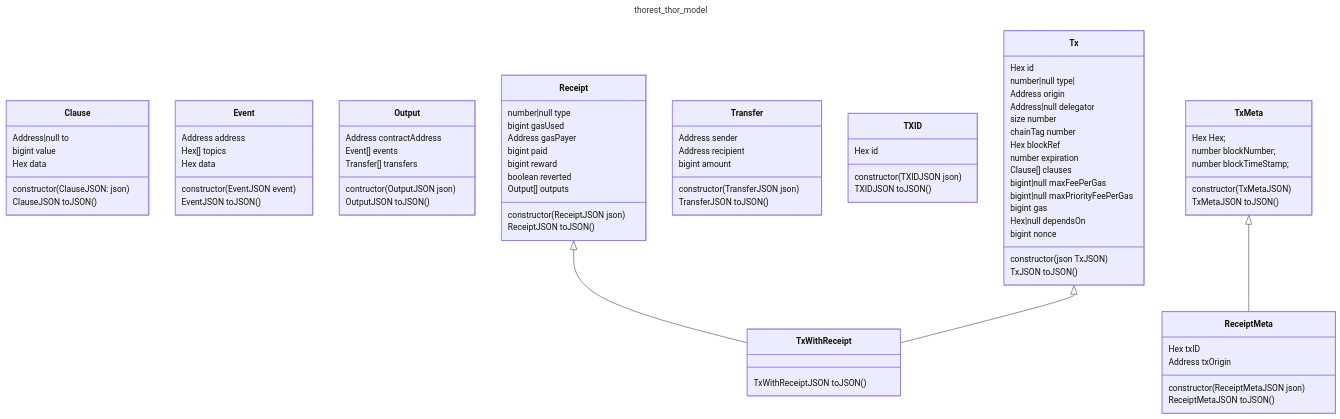
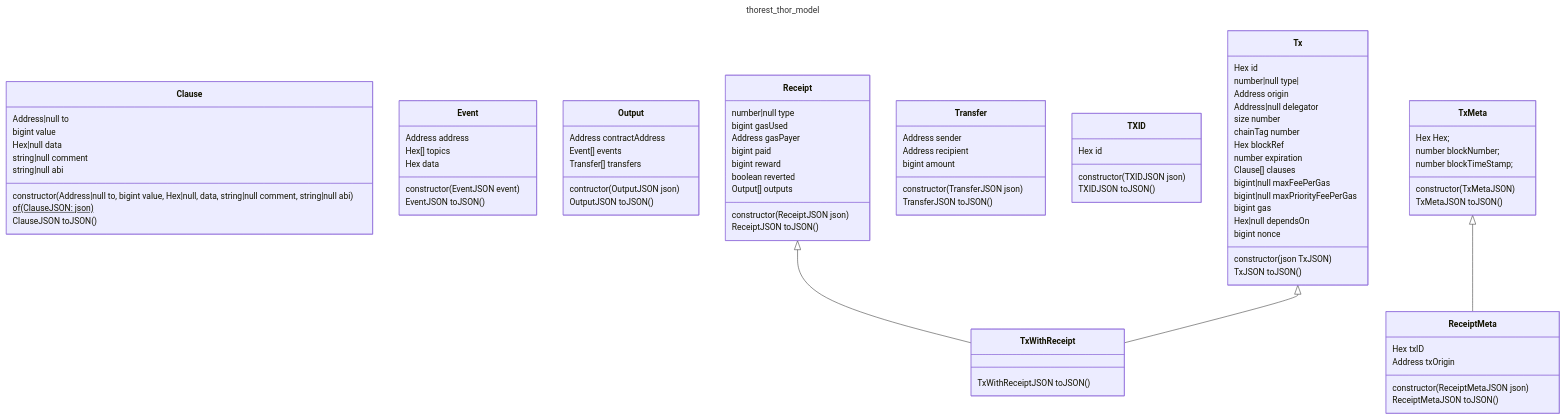
Before and after one commit to vechain/vechain-sdk-js: the diagram in docs/thorest/thor/model/model.mmd, drawn with Mermaid. The commit also changed 6 other files, not shown here.

Commit message:
feat: 2361 ClauseJSON only for Thor messages

```diff
--- a/docs/thorest/thor/model/model.mmd
+++ b/docs/thorest/thor/model/model.mmd
@@ -1,85 +1,88 @@
 ---
 title: thorest_thor_model
 ---
 classDiagram
     class Clause {
         Address|null to
         bigint value
-        Hex data
-        constructor(ClauseJSON: json)
+        Hex|null data
+        string|null comment
+        string|null abi
+        constructor(Address|null to, bigint value, Hex|null, data, string|null comment, string|null abi)
+        of(ClauseJSON: json)$
         ClauseJSON toJSON()
     }
     class Event {
         Address address
         Hex[] topics
         Hex data
         constructor(EventJSON event)
         EventJSON toJSON()
     }
     class Output {
         Address contractAddress
         Event[] events
         Transfer[] transfers
         contructor(OutputJSON json)
         OutputJSON toJSON()
     }
     class Receipt {
         number|null type
         bigint gasUsed
         Address gasPayer
         bigint paid
         bigint reward
         boolean reverted
         Output[] outputs
         constructor(ReceiptJSON json)
         ReceiptJSON toJSON()
     }
     class ReceiptMeta {
         Hex txID
         Address txOrigin
         constructor(ReceiptMetaJSON json)
         ReceiptMetaJSON toJSON()
     }
     class Transfer {
         Address sender
         Address recipient
         bigint amount
         constructor(TransferJSON json)
         TransferJSON toJSON()
     }
     class TXID {
         Hex id
         constructor(TXIDJSON json)
         TXIDJSON toJSON()
     }
     class Tx {
         Hex id
         number|null type|
         Address origin
         Address|null delegator
         size number
         chainTag number
         Hex blockRef
         number expiration
         Clause[] clauses
         bigint|null maxFeePerGas
         bigint|null maxPriorityFeePerGas
         bigint gas
         Hex|null dependsOn
         bigint nonce
         constructor(json TxJSON)
         TxJSON toJSON()
     }
     class TxMeta {
         Hex Hex;
         number blockNumber;
         number blockTimeStamp;
         constructor(TxMetaJSON)
         TxMetaJSON toJSON()
     }
     class TxWithReceipt {
         TxWithReceiptJSON toJSON()
     }
     Receipt <|-- TxWithReceipt
     Tx <|-- TxWithReceipt
     TxMeta <|-- ReceiptMeta
```
